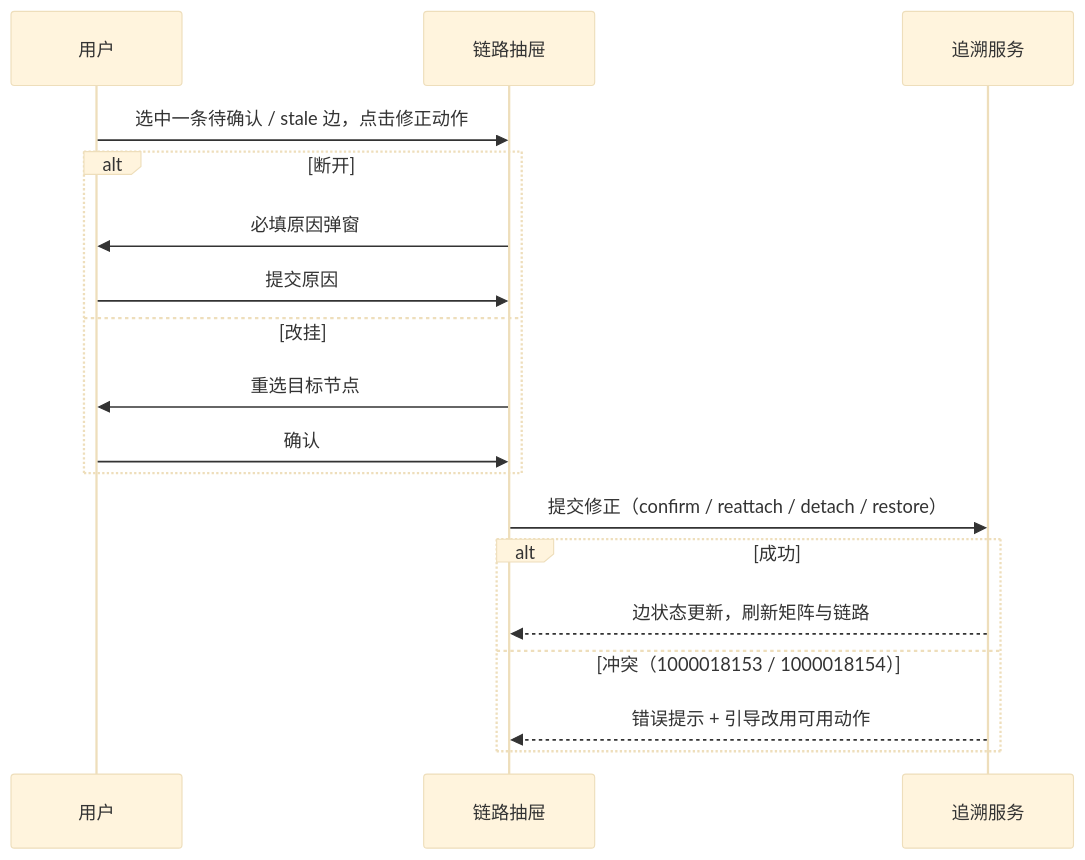
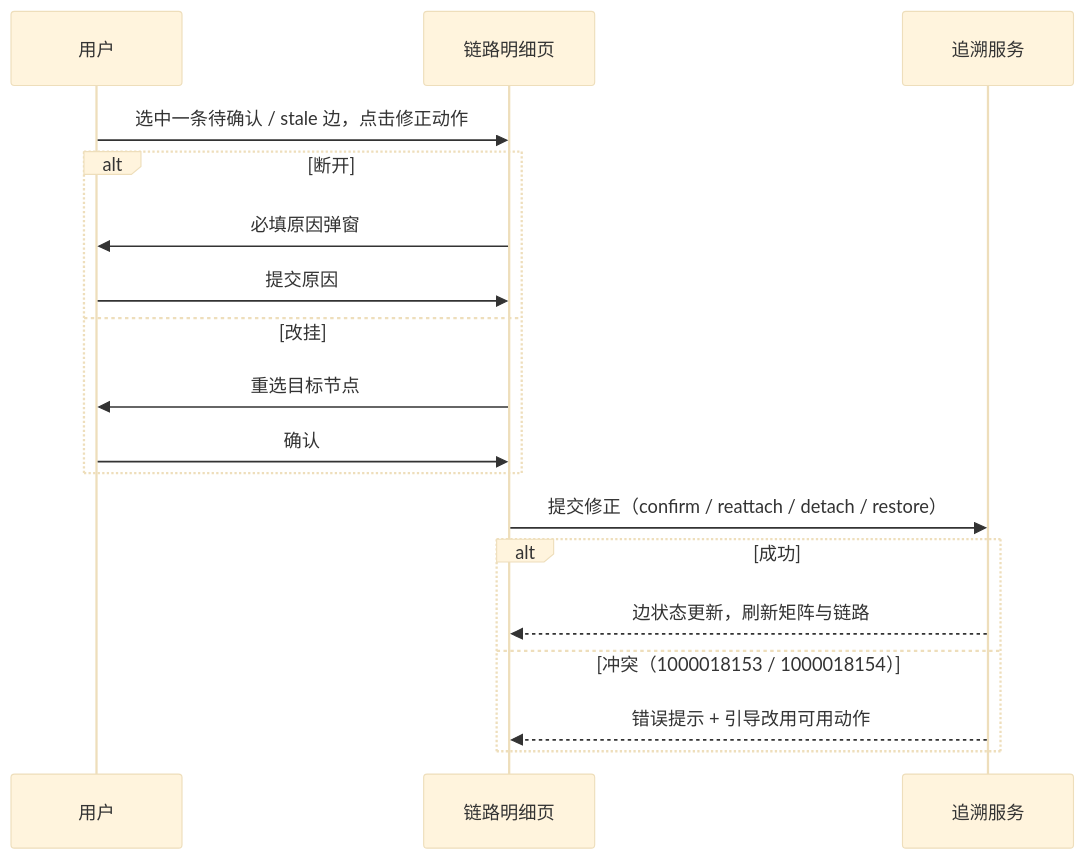
Before and after one commit to XiaoMiSum/robotest: the first of 2 diagrams in docs/05-interaction-design/04-trace-matrix-ui.md, drawn with Mermaid (base theme). The commit also changed other lines of this file and 1 other file, not shown here.

Commit message:
📝 docs(trace): 链路视图由抽屉改为独立链路明细页，路由 /requirements/trace/:nodeType/:nodeId

````diff
--- a/docs/05-interaction-design/04-trace-matrix-ui.md
+++ b/docs/05-interaction-design/04-trace-matrix-ui.md
@@ -129,20 +135,20 @@
 ```mermaid
 sequenceDiagram
   participant U as 用户
-  participant D as 链路抽屉
+  participant D as 链路明细页
   participant T as 追溯服务
   U->>D: 选中一条待确认 / stale 边，点击修正动作
   alt 断开
     D->>U: 必填原因弹窗
     U->>D: 提交原因
   else 改挂
     D->>U: 重选目标节点
     U->>D: 确认
   end
   D->>T: 提交修正（confirm / reattach / detach / restore）
   alt 成功
     T-->>D: 边状态更新，刷新矩阵与链路
   else 冲突（1000018153 / 1000018154）
     T-->>D: 错误提示 + 引导改用可用动作
   end
 ```
````
